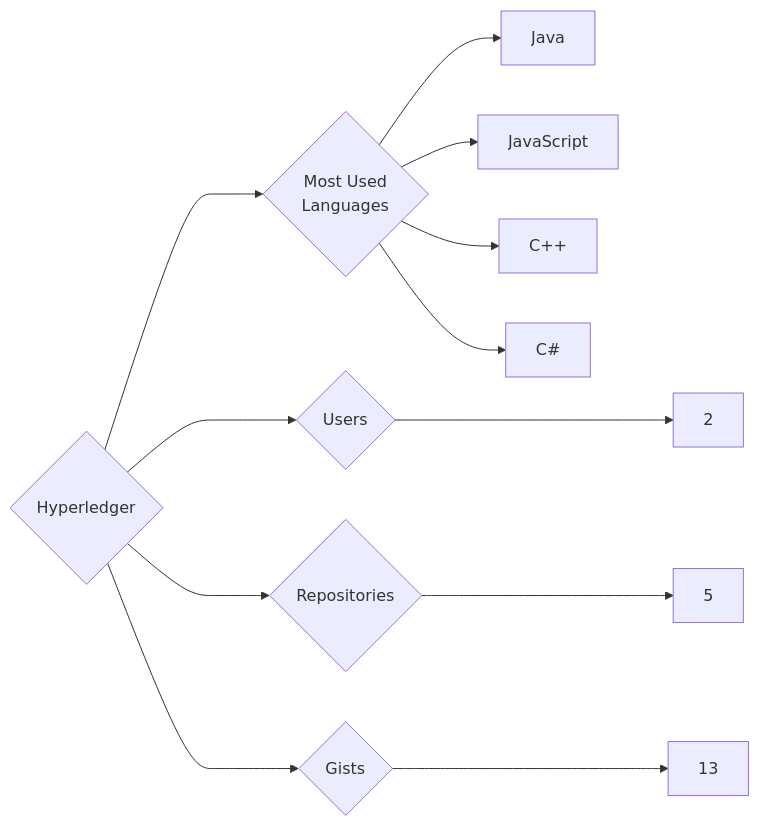
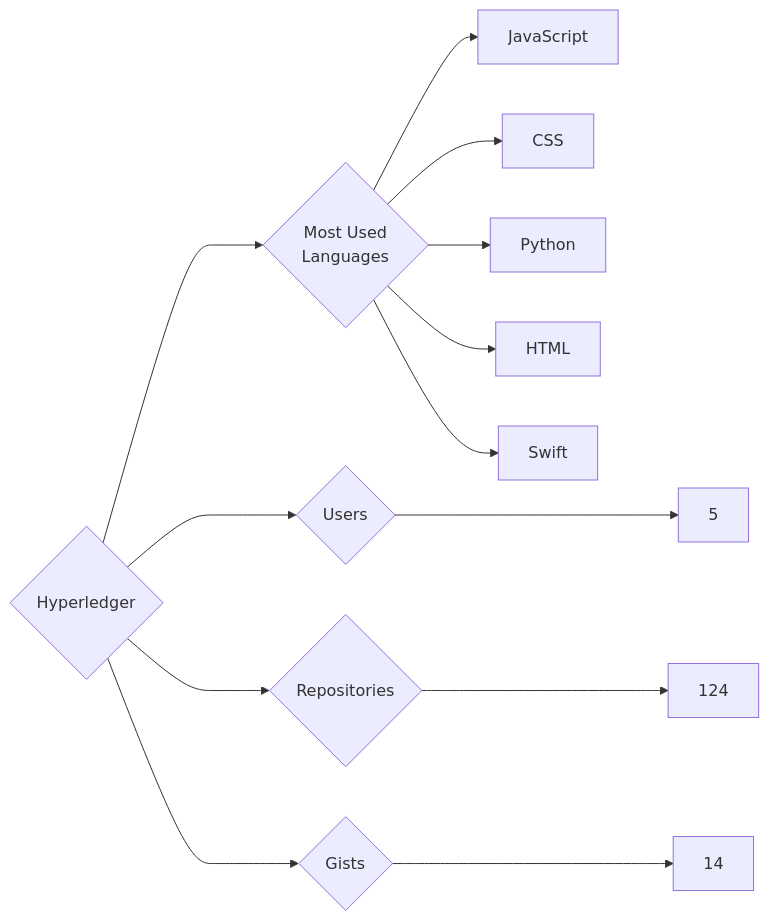
The diagram in targets/Hyperledger/README.md (trickest/insiders), drawn with Mermaid before and after one commit. The commit also changed 1120 other files, not shown here.

````diff
--- a/targets/Hyperledger/README.md
+++ b/targets/Hyperledger/README.md
@@ -3,12 +3,13 @@
 ```mermaid
 graph LR
 COMPANY_NAME{Hyperledger}
-COMPANY_NAME ---> U{Users} ---> UN[2]
-COMPANY_NAME ---> R{Repositories} ---> RN[5]
-COMPANY_NAME ---> G{Gists} ---> GN[13]
+COMPANY_NAME ---> U{Users} ---> UN[5]
+COMPANY_NAME ---> R{Repositories} ---> RN[124]
+COMPANY_NAME ---> G{Gists} ---> GN[14]
 COMPANY_NAME ---> ML{Most Used<br>Languages}
-ML --> Java[Java]
 ML --> JavaScript[JavaScript]
-ML --> C++[C++]
-ML --> C#[C#]
+ML --> CSS[CSS]
+ML --> Python[Python]
+ML --> HTML[HTML]
+ML --> Swift[Swift]
 ```
````
